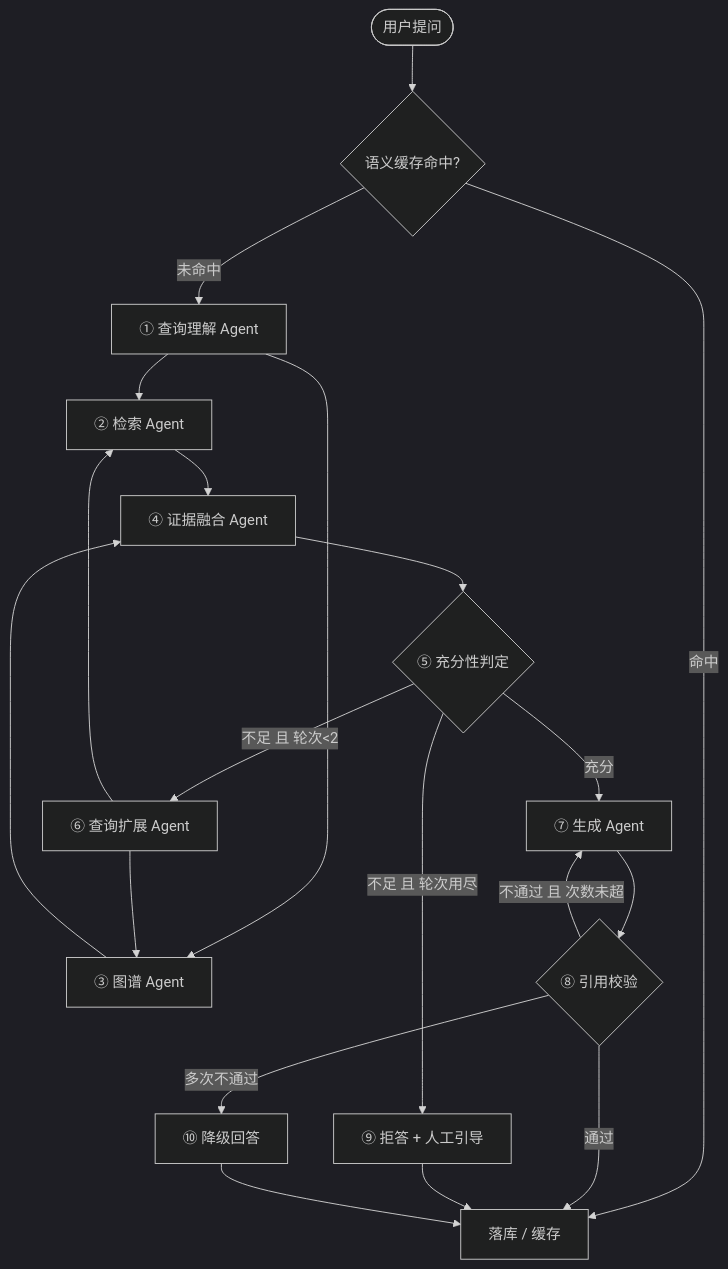
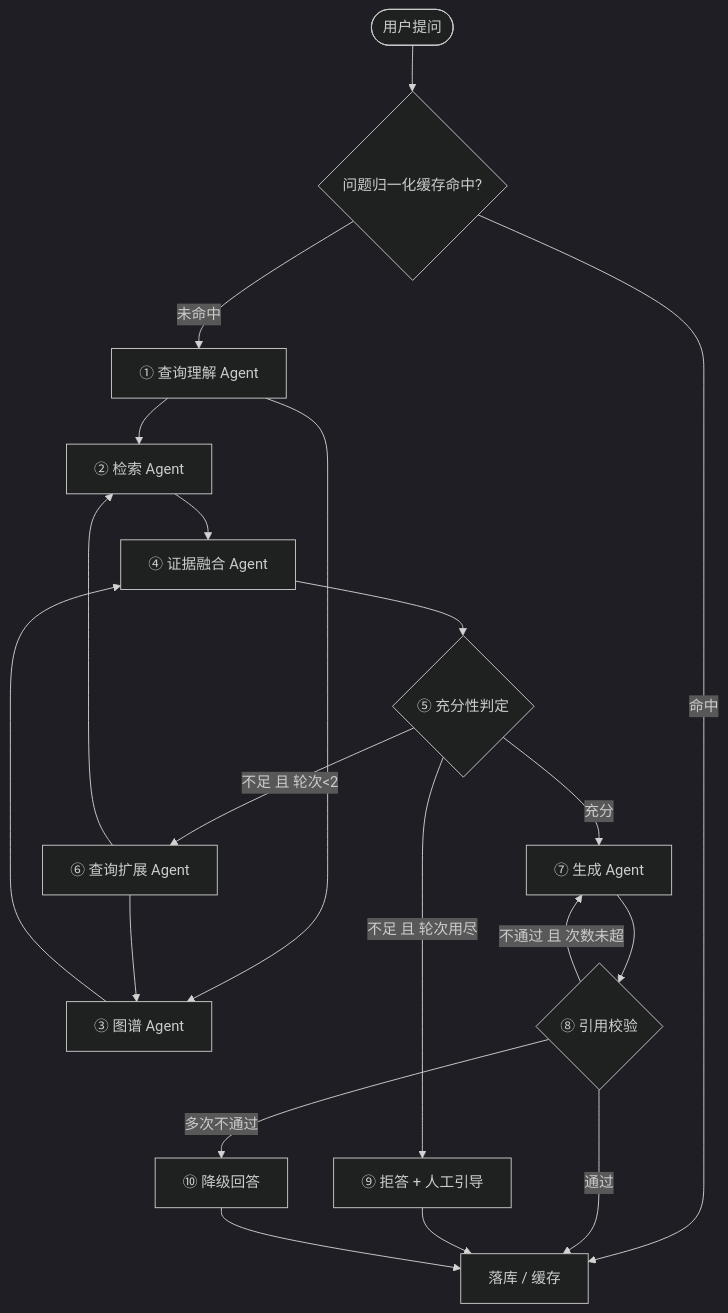
The diagram in docs/architecture-v2.md (xc-0525/school-rules-rag-platform), drawn with Mermaid (dark theme) before and after one commit. The commit also changed other lines of this file and 34 other files, not shown here.

````diff
--- a/docs/architecture-v2.md
+++ b/docs/architecture-v2.md
@@ -49,22 +52,22 @@
 ```mermaid
 flowchart TD
-    A([用户提问]) --> B{语义缓存命中?}
+    A([用户提问]) --> B{问题归一化缓存命中?}
     B -->|命中| P[落库 / 缓存]
     B -->|未命中| C[① 查询理解 Agent]
     C --> D1[② 检索 Agent]
     C --> D2[③ 图谱 Agent]
     D1 --> E[④ 证据融合 Agent]
     D2 --> E
     E --> F{⑤ 充分性判定}
     F -->|不足 且 轮次<2| G[⑥ 查询扩展 Agent]
     G --> D1
     G --> D2
     F -->|不足 且 轮次用尽| H[⑨ 拒答 + 人工引导]
     F -->|充分| I[⑦ 生成 Agent]
     I --> J{⑧ 引用校验}
     J -->|不通过 且 次数未超| I
     J -->|多次不通过| K[⑩ 降级回答]
     J -->|通过| P
     H --> P
     K --> P
 ```
````
